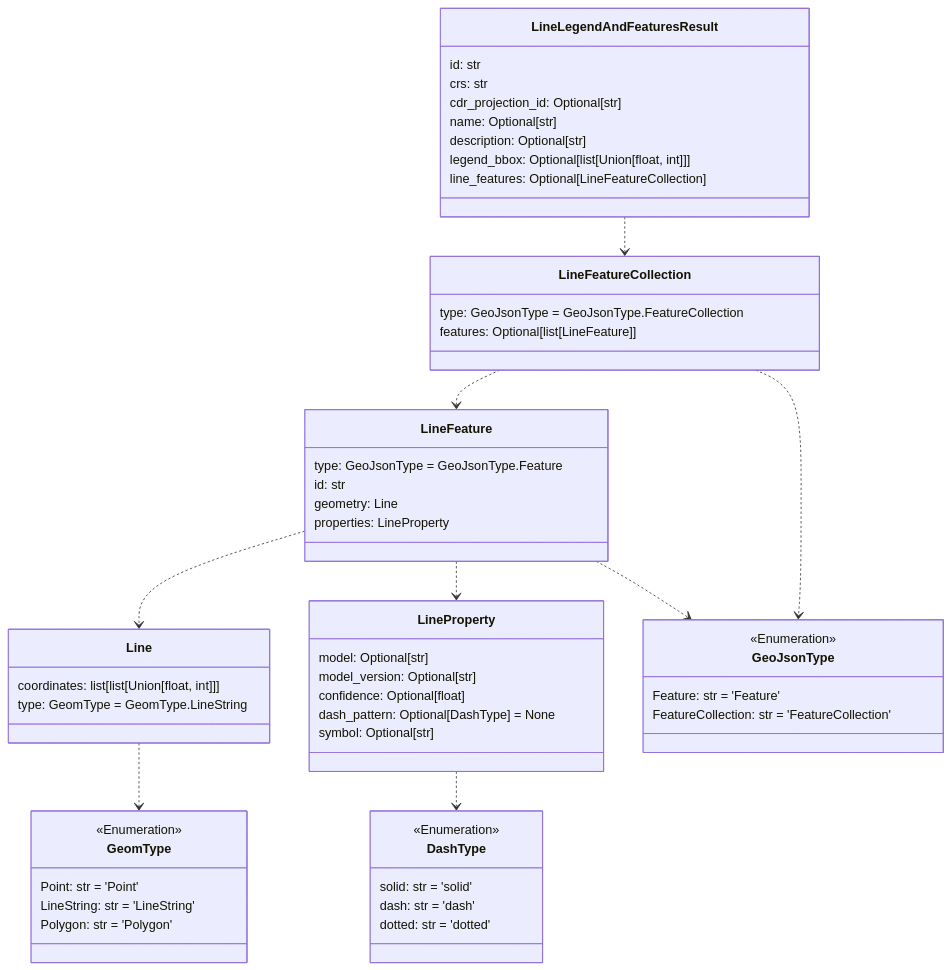
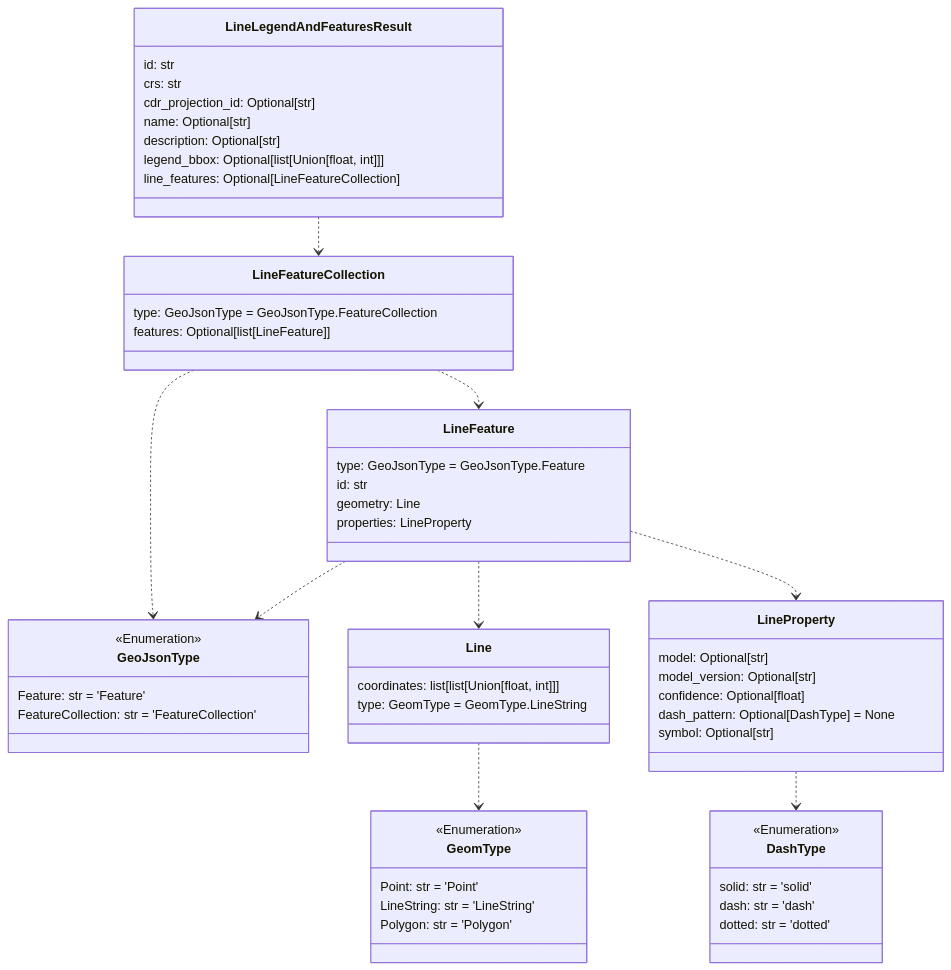
One commit to UW-xDD/cdr_schemas changed the fifth of 8 diagrams in README.md. Above: the diagram before and after it, drawn with Mermaid. The commit also changed other lines of this file, not shown here.

Commit message:
Update readme with document diagram

````diff
--- a/README.md
+++ b/README.md
@@ -348,69 +348,69 @@
 ```mermaid
 classDiagram
 
-    class LineFeature {
-        type: GeoJsonType = GeoJsonType.Feature
-        id: str
-        geometry: Line
-        properties: LineProperty
+    class GeoJsonType {
+        <<Enumeration>>
+        Feature: str = 'Feature'
+        FeatureCollection: str = 'FeatureCollection'
     }
 
-    class DashType {
-        <<Enumeration>>
-        solid: str = 'solid'
-        dash: str = 'dash'
-        dotted: str = 'dotted'
+    class LineFeatureCollection {
+        type: GeoJsonType = GeoJsonType.FeatureCollection
+        features: Optional[list[LineFeature]]
     }
 
     class GeomType {
         <<Enumeration>>
         Point: str = 'Point'
         LineString: str = 'LineString'
         Polygon: str = 'Polygon'
-    }
-
-    class GeoJsonType {
-        <<Enumeration>>
-        Feature: str = 'Feature'
-        FeatureCollection: str = 'FeatureCollection'
     }
 
     class Line {
         coordinates: list[list[Union[float, int]]]
         type: GeomType = GeomType.LineString
     }
 
     class LineProperty {
         model: Optional[str]
         model_version: Optional[str]
         confidence: Optional[float]
         dash_pattern: Optional[DashType] = None
         symbol: Optional[str]
     }
 
     class LineLegendAndFeaturesResult {
         id: str
         crs: str
         cdr_projection_id: Optional[str]
         name: Optional[str]
         description: Optional[str]
         legend_bbox: Optional[list[Union[float, int]]]
         line_features: Optional[LineFeatureCollection]
     }
 
-    class LineFeatureCollection {
-        type: GeoJsonType = GeoJsonType.FeatureCollection
-        features: Optional[list[LineFeature]]
+    class DashType {
+        <<Enumeration>>
+        solid: str = 'solid'
+        dash: str = 'dash'
+        dotted: str = 'dotted'
+    }
+
+    class LineFeature {
+        type: GeoJsonType = GeoJsonType.Feature
+        id: str
+        geometry: Line
+        properties: LineProperty
     }
 
     Line ..> GeomType
     LineProperty ..> DashType
     LineFeature ..> Line
+    LineFeature ..> GeoJsonType
     LineFeature ..> LineProperty
-    LineFeature ..> GeoJsonType
+    LineFeatureCollection ..> GeoJsonType
     LineFeatureCollection ..> LineFeature
-    LineFeatureCollection ..> GeoJsonType
     LineLegendAndFeaturesResult ..> LineFeatureCollection
 
 
 ```
````
